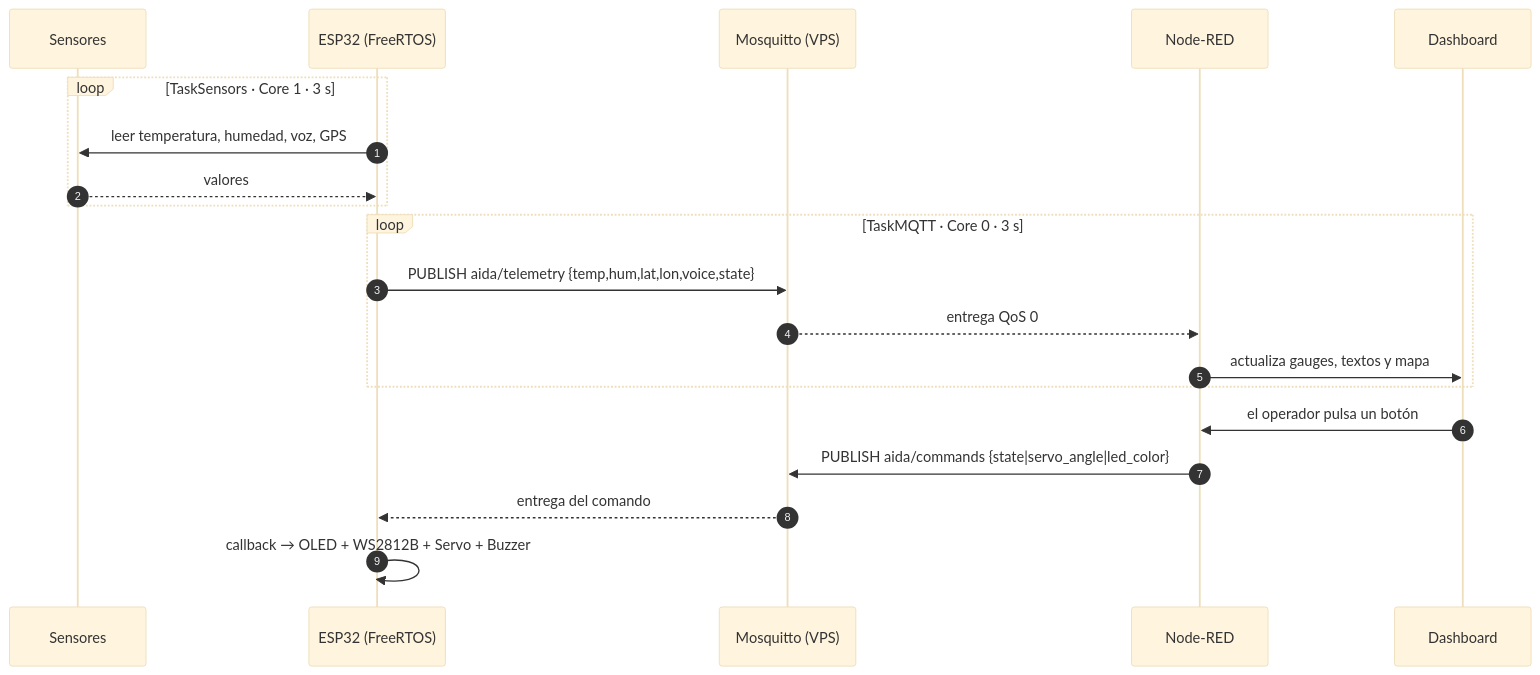
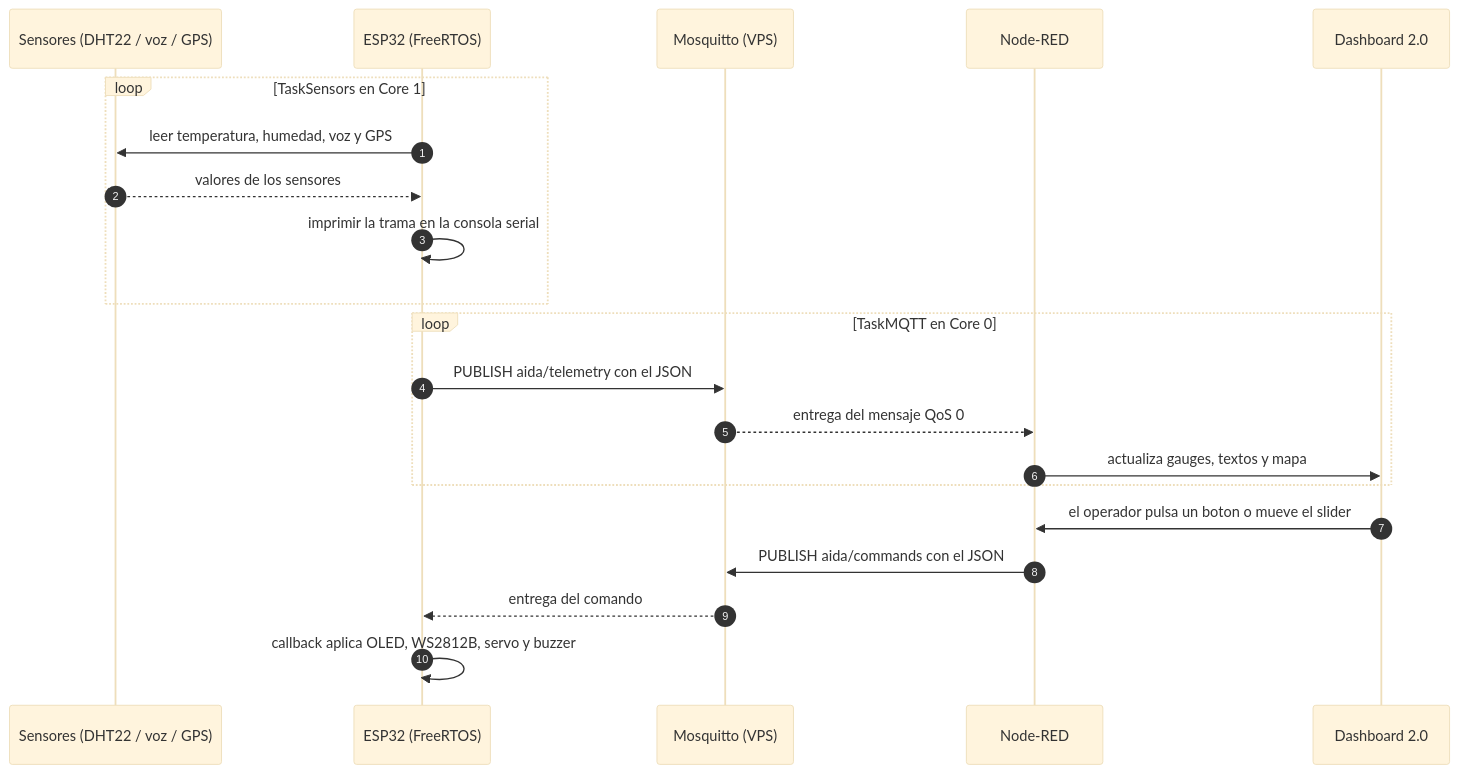
Before and after one commit to xllnyxthornllx/AIDA-: the fourth of 4 diagrams in Lab 9 Tarea/06-uml.md, drawn with Mermaid (base theme). The commit also changed other lines of this file and 13 other files, not shown here.

Commit message:
lab9: diagrama uml de componentes de la solucion

````diff
--- a/Lab 9 Tarea/06-uml.md
+++ b/Lab 9 Tarea/06-uml.md
@@ -55,22 +133,26 @@
 ```mermaid
 sequenceDiagram
     autonumber
-    participant S as Sensores
+    participant S as Sensores (DHT22 / voz / GPS)
     participant E as ESP32 (FreeRTOS)
     participant M as Mosquitto (VPS)
     participant N as Node-RED
-    participant D as Dashboard
-    loop TaskSensors · Core 1 · 3 s
-        E->>S: leer temperatura, humedad, voz, GPS
-        S-->>E: valores
+    participant D as Dashboard 2.0
+
+    loop TaskSensors en Core 1
+        E->>S: leer temperatura, humedad, voz y GPS
+        S-->>E: valores de los sensores
+        E->>E: imprimir la trama en la consola serial
     end
-    loop TaskMQTT · Core 0 · 3 s
-        E->>M: PUBLISH aida/telemetry {temp,hum,lat,lon,voice,state}
-        M-->>N: entrega QoS 0
+
+    loop TaskMQTT en Core 0
+        E->>M: PUBLISH aida/telemetry con el JSON
+        M-->>N: entrega del mensaje QoS 0
         N->>D: actualiza gauges, textos y mapa
     end
-    D->>N: el operador pulsa un botón
-    N->>M: PUBLISH aida/commands {state|servo_angle|led_color}
+
+    D->>N: el operador pulsa un boton o mueve el slider
+    N->>M: PUBLISH aida/commands con el JSON
     M-->>E: entrega del comando
-    E->>E: callback → OLED + WS2812B + Servo + Buzzer
+    E->>E: callback aplica OLED, WS2812B, servo y buzzer
 ```
````
